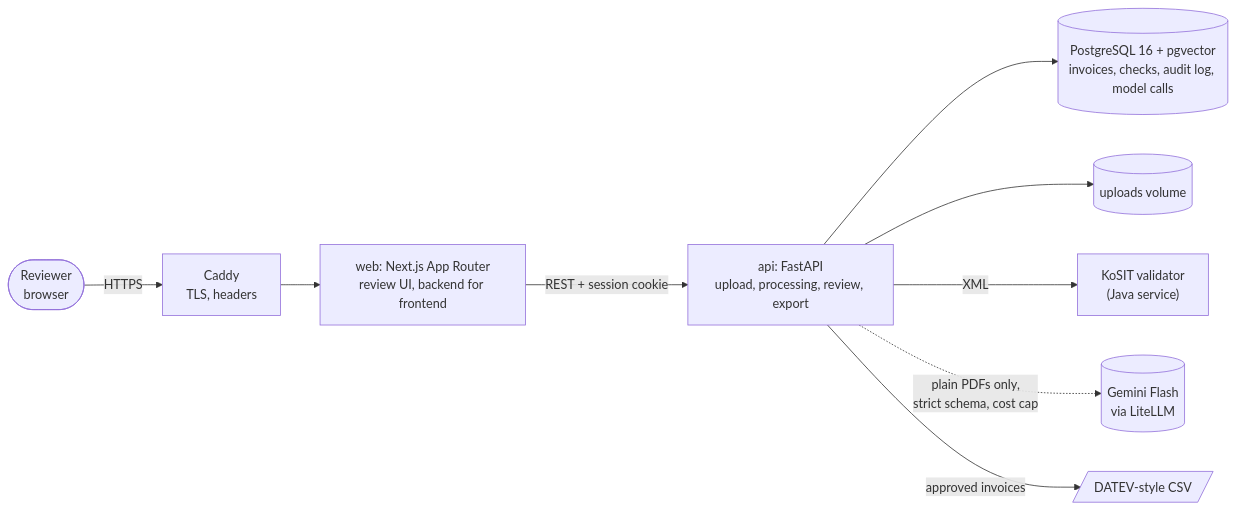
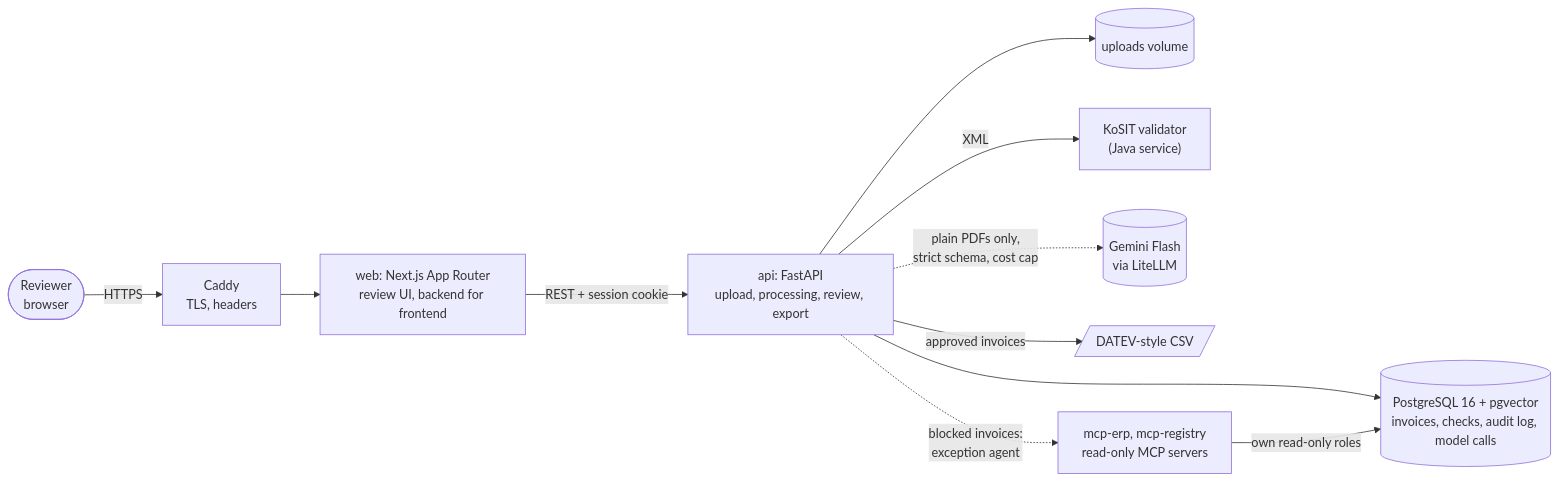
Before and after one commit to Ziad-Alghawi/invoiceguard: the diagram in README.md, drawn with Mermaid. The commit also changed other lines of this file and 69 other files, not shown here.

First line of the commit message:
feat(r2): read-only MCP servers and exception agent (R2-5, R2-6) (#18)

````diff
--- a/README.md
+++ b/README.md
@@ -55,11 +58,13 @@
 ```mermaid
 flowchart LR
     reviewer([Reviewer<br/>browser]) -- HTTPS --> caddy[Caddy<br/>TLS, headers]
     caddy --> web["web: Next.js App Router<br/>review UI, backend for frontend"]
     web -- "REST + session cookie" --> api["api: FastAPI<br/>upload, processing, review, export"]
     api --> db[("PostgreSQL 16 + pgvector<br/>invoices, checks, audit log, model calls")]
     api --> files[("uploads volume")]
     api -- "XML" --> kosit["KoSIT validator<br/>(Java service)"]
     api -. "plain PDFs only,<br/>strict schema, cost cap" .-> llm[("Gemini Flash<br/>via LiteLLM")]
     api -- "approved invoices" --> datev[/"DATEV-style CSV"/]
+    api -. "blocked invoices:<br/>exception agent" .-> mcp["mcp-erp, mcp-registry<br/>read-only MCP servers"]
+    mcp -- "own read-only roles" --> db
 ```
````
